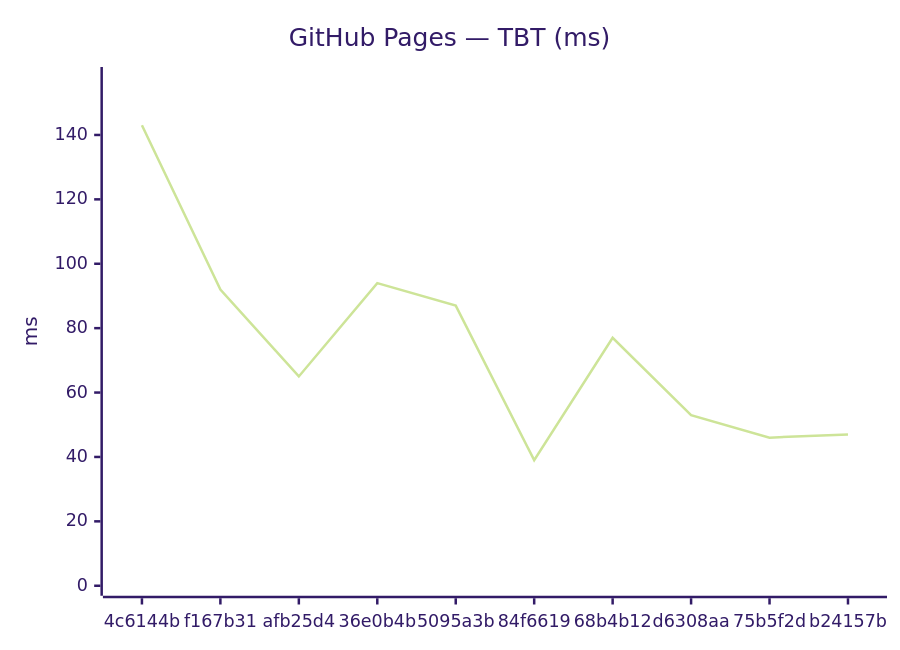
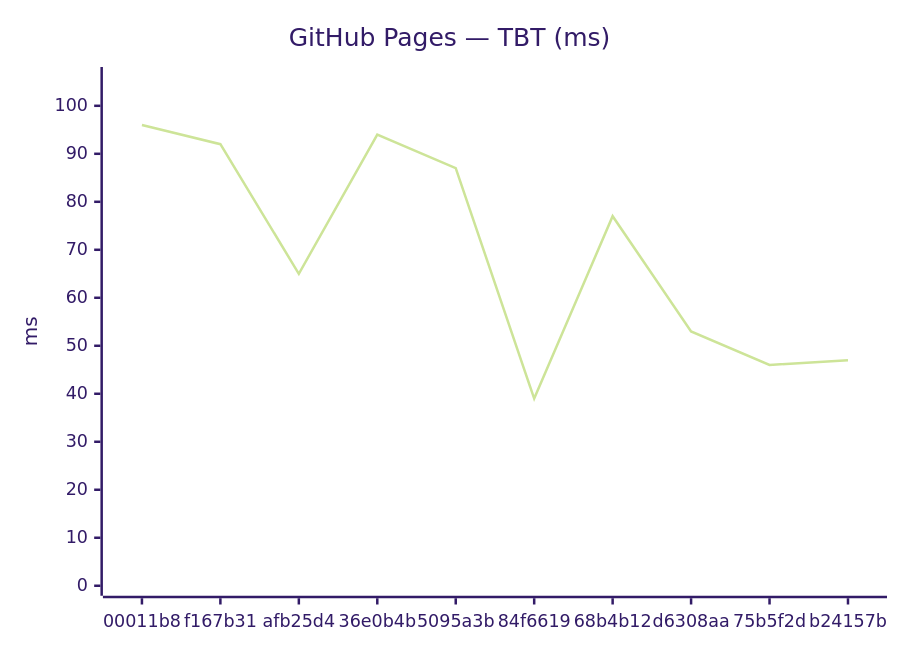
One commit to Metaheurist/Rianell changed the fourth of 18 diagrams in benchmarks/compare.md. Above: the diagram before and after it, drawn with Mermaid (forest theme). The commit also changed other lines of this file and 11 other files, not shown here.

````diff
--- a/benchmarks/compare.md
+++ b/benchmarks/compare.md
@@ -61,7 +61,7 @@
 ```mermaid
 xychart-beta
     title "GitHub Pages — TBT (ms)"
-    x-axis ["4c6144b", "f167b31", "afb25d4", "36e0b4b", "5095a3b", "84f6619", "68b4b12", "d6308aa", "75b5f2d", "b24157b"]
-    y-axis "ms" 0 --> 158
-    line [143, 92, 65, 94, 87, 39, 77, 53, 46, 47]
+    x-axis ["00011b8", "f167b31", "afb25d4", "36e0b4b", "5095a3b", "84f6619", "68b4b12", "d6308aa", "75b5f2d", "b24157b"]
+    y-axis "ms" 0 --> 106
+    line [96, 92, 65, 94, 87, 39, 77, 53, 46, 47]
 ```
````
